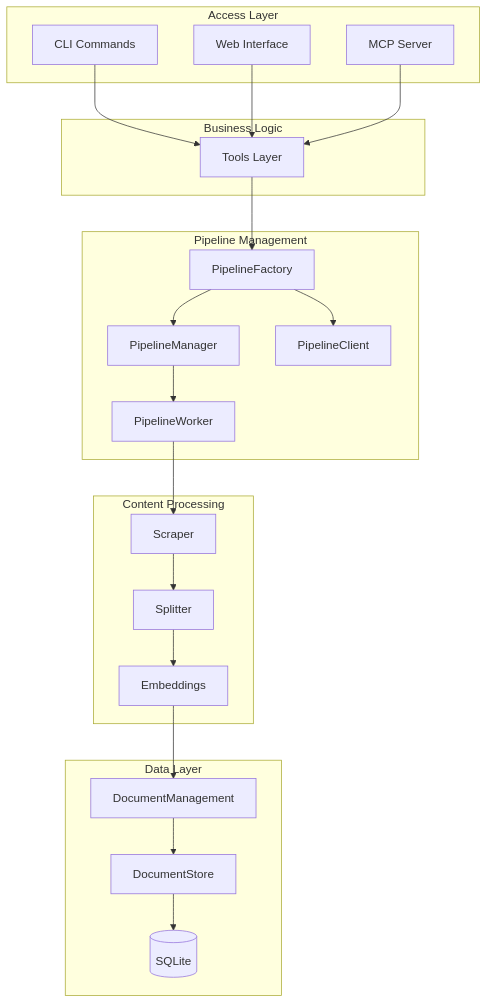
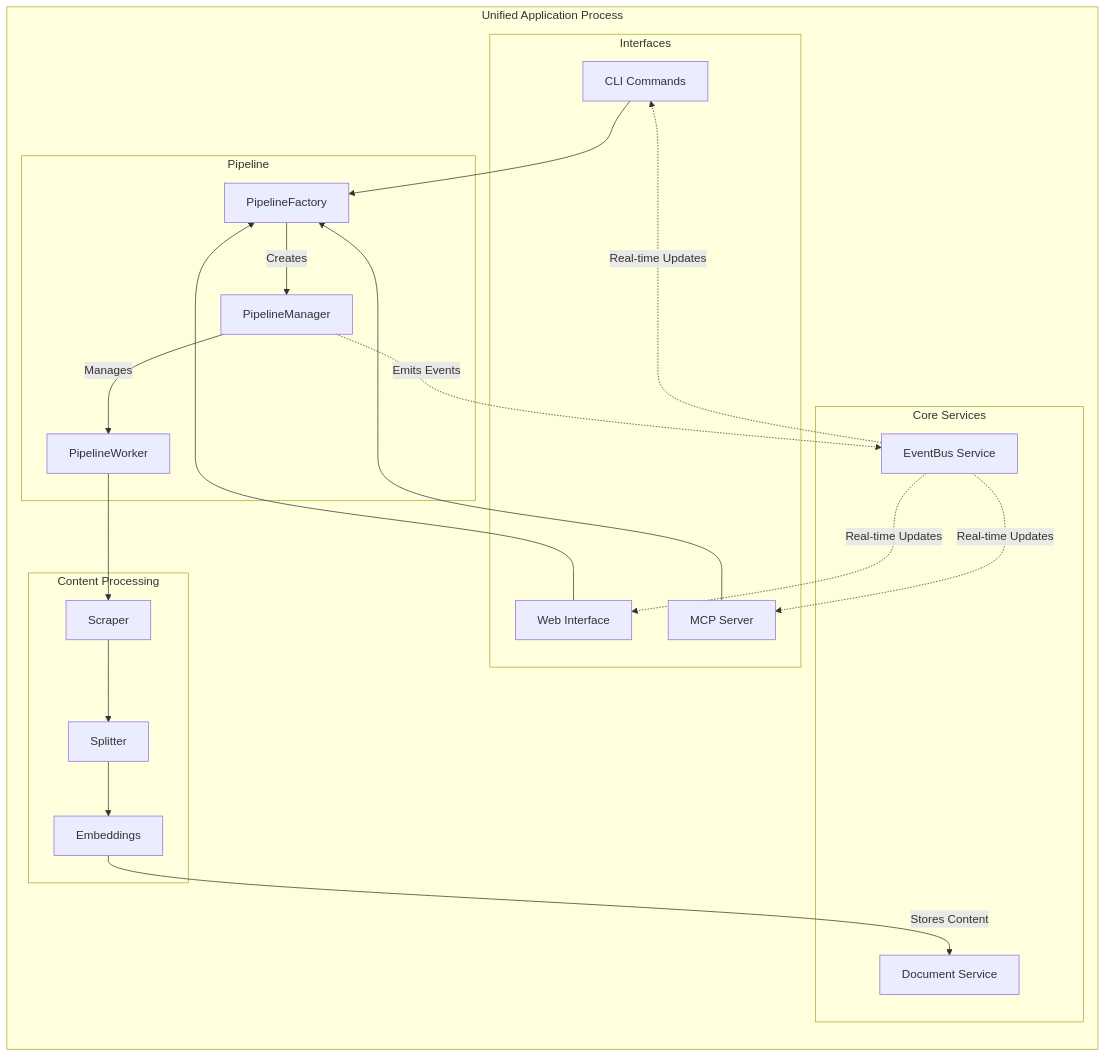
Before and after one commit to arabold/docs-mcp-server: the first of 2 diagrams in ARCHITECTURE.md, drawn with Mermaid. The commit also changed other lines of this file, not shown here.

Commit message:
docs: enhance architecture documentation with even flow patterns

````diff
--- a/ARCHITECTURE.md
+++ b/ARCHITECTURE.md
@@ -75,45 +79,44 @@
 ```mermaid
 graph TD
-    subgraph "Access Layer"
-        CLI[CLI Commands]
-        WEB[Web Interface]
-        MCP[MCP Server]
+    subgraph "Unified Application Process"
+        direction TB
+
+        subgraph "Interfaces"
+            CLI[CLI Commands]
+            WEB[Web Interface]
+            MCP[MCP Server]
+        end
+
+        subgraph "Core Services"
+            EB[EventBus Service]
+            DOC[Document Service]
+        end
+
+        subgraph "Pipeline"
+            FACTORY[PipelineFactory]
+            MANAGER[PipelineManager]
+            WORKER[PipelineWorker]
+        end
+
+        subgraph "Content Processing"
+            SCRAPER[Scraper]
+            SPLITTER[Splitter]
+            EMBEDDER[Embeddings]
+        end
+
+        %% Command Flow
+        CLI & WEB & MCP --> FACTORY
+        FACTORY -->|Creates| MANAGER
+        MANAGER -->|Manages| WORKER
+        WORKER --> SCRAPER
+        SCRAPER --> SPLITTER
+        SPLITTER --> EMBEDDER
+
+        %% Event Flow
+        MANAGER -.->|Emits Events| EB
+        EB -.->|Real-time Updates| CLI & WEB & MCP
+
+        %% Data Flow
+        EMBEDDER -->|Stores Content| DOC
     end
-
-    subgraph "Business Logic"
-        TOOLS[Tools Layer]
-    end
-
-    subgraph "Pipeline Management"
-        FACTORY[PipelineFactory]
-        MANAGER[PipelineManager]
-        CLIENT[PipelineClient]
-        WORKER[PipelineWorker]
-    end
-
-    subgraph "Content Processing"
-        SCRAPER[Scraper]
-        SPLITTER[Splitter]
-        EMBEDDER[Embeddings]
-    end
-
-    subgraph "Data Layer"
-        DOCMGMT[DocumentManagement]
-        STORE[DocumentStore]
-        DB[(SQLite)]
-    end
-
-    CLI --> TOOLS
-    WEB --> TOOLS
-    MCP --> TOOLS
-    TOOLS --> FACTORY
-    FACTORY --> MANAGER
-    FACTORY --> CLIENT
-    MANAGER --> WORKER
-    WORKER --> SCRAPER
-    SCRAPER --> SPLITTER
-    SPLITTER --> EMBEDDER
-    EMBEDDER --> DOCMGMT
-    DOCMGMT --> STORE
-    STORE --> DB
 ```
````
